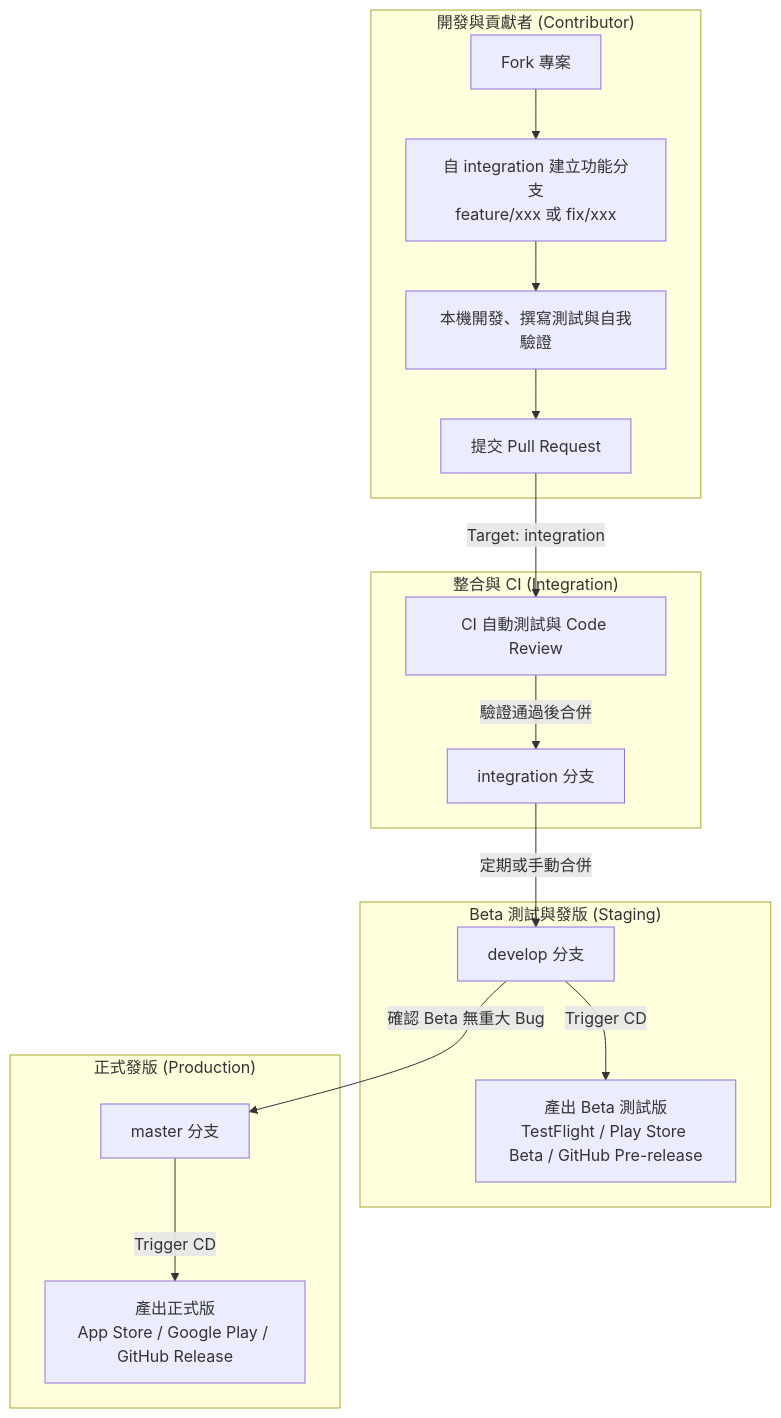
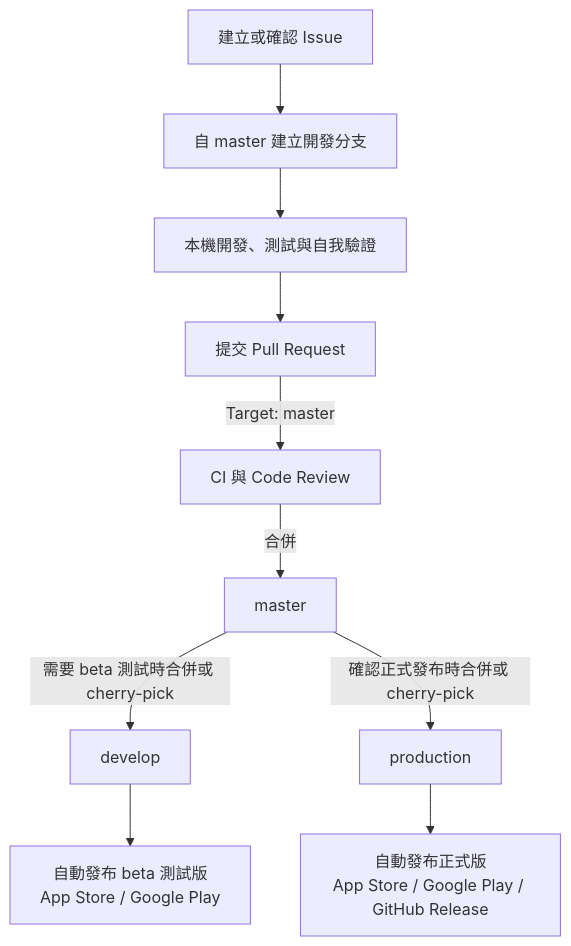
The diagram in CONTRIBUTING.md (nsysu-code-club/NSYSU-AP), drawn with Mermaid before and after one commit. The commit also changed other lines of this file, not shown here.

````diff
--- a/CONTRIBUTING.md
+++ b/CONTRIBUTING.md
@@ -19,23 +41,12 @@
 ```mermaid
 flowchart TD
-    subgraph Contributor ["開發與貢獻者 (Contributor)"]
-        A[Fork 專案] --> B[自 integration 建立功能分支\nfeature/xxx 或 fix/xxx]
-        B --> C[本機開發、撰寫測試與自我驗證]
-        C --> D[提交 Pull Request]
-    end
-
-    subgraph Integration ["整合與 CI (Integration)"]
-        D -->|Target: integration| E[CI 自動測試與 Code Review]
-        E -->|驗證通過後合併| F[integration 分支]
-    end
-
-    subgraph Staging ["Beta 測試與發版 (Staging)"]
-        F -->|定期或手動合併| G[develop 分支]
-        G -->|Trigger CD| H[產出 Beta 測試版\nTestFlight / Play Store Beta / GitHub Pre-release]
-    end
-
-    subgraph Production ["正式發版 (Production)"]
-        G -->|確認 Beta 無重大 Bug| I[master 分支]
-        I -->|Trigger CD| J[產出正式版\nApp Store / Google Play / GitHub Release]
-    end
+    A[建立或確認 Issue] --> B[自 master 建立開發分支]
+    B --> C[本機開發、測試與自我驗證]
+    C --> D[提交 Pull Request]
+    D -->|Target: master| E[CI 與 Code Review]
+    E -->|合併| F[master]
+    F -->|需要 beta 測試時合併或 cherry-pick| G[develop]
+    G --> H[自動發布 beta 測試版\nApp Store / Google Play]
+    F -->|確認正式發布時合併或 cherry-pick| I[production]
+    I --> J[自動發布正式版\nApp Store / Google Play / GitHub Release]
 ```
````
